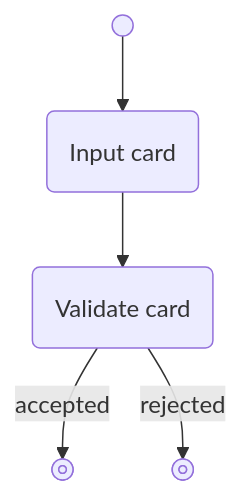
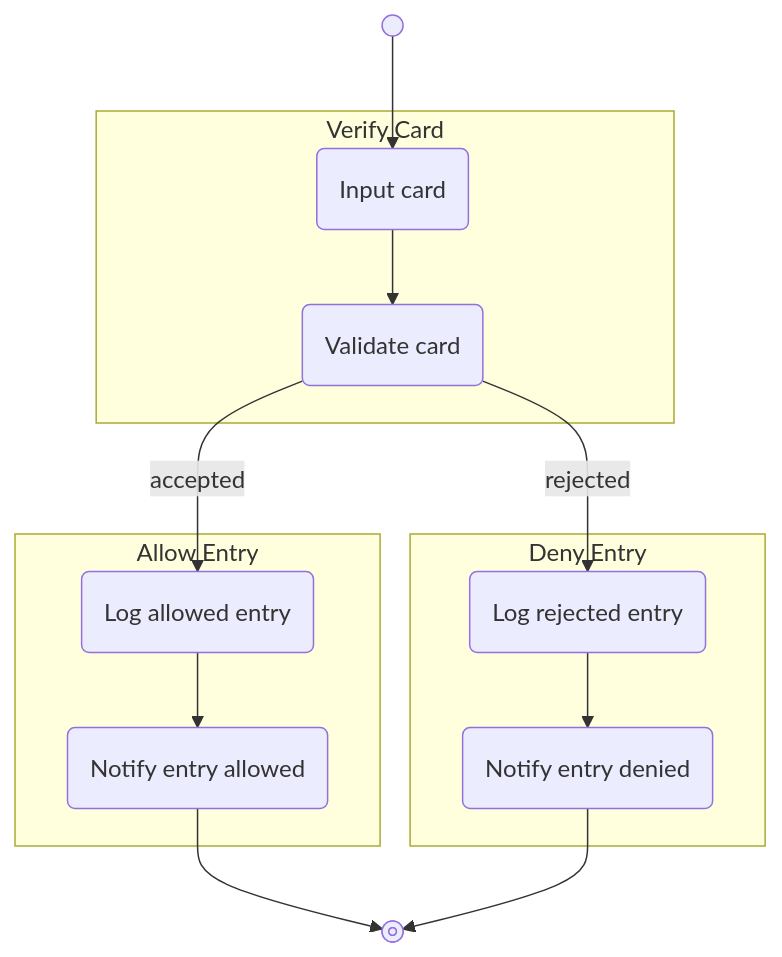
One commit to HillSheepStudios/poc-reqops changed the first of 2 diagrams in diagnostic docs/ideas.md. Above: the diagram before and after it, drawn with Mermaid. The commit also changed other lines of this file and 2 other files, not shown here.

Commit message:
docs: refactor the roadmap structure

````diff
--- a/diagnostic docs/ideas.md
+++ b/diagnostic docs/ideas.md
@@ -18,12 +4,25 @@
 ```mermaid
 graph TB
     s@{ shape: start, label: "start"}
-    e1@{ shape: stop, label: "accepted"}
-    e2@{ shape: stop, label: "rejected"}
-    f1a1@{ shape: rounded, label: "Input card"}
-    f1a2@{ shape: rounded, label: "Validate card"}
+    e@{ shape: stop, label: "end"}
+    subgraph Verify Card
+        f1a1@{ shape: rounded, label: "Input card"}
+        f1a2@{ shape: rounded, label: "Validate card"}
+        f1a1-->f1a2
+    end
+    subgraph Allow Entry
+        f2a1@{ shape: rounded, label: "Log allowed entry"}
+        f2a2@{ shape: rounded, label: "Notify entry allowed"}
+        f2a1-->f2a2
+    end
+    subgraph Deny Entry
+        f3a1@{ shape: rounded, label: "Log rejected entry"}
+        f3a2@{ shape: rounded, label: "Notify entry denied"}
+        f3a1-->f3a2
+    end
     
-    s-->f1a1-->f1a2
-    f1a2-->|accepted|e1
-    f1a2-->|rejected|e2
+    s-->f1a1
+    f1a2-->|accepted|f2a1
+    f1a2-->|rejected|f3a1
+    f2a2 & f3a2-->e
 ```
````
